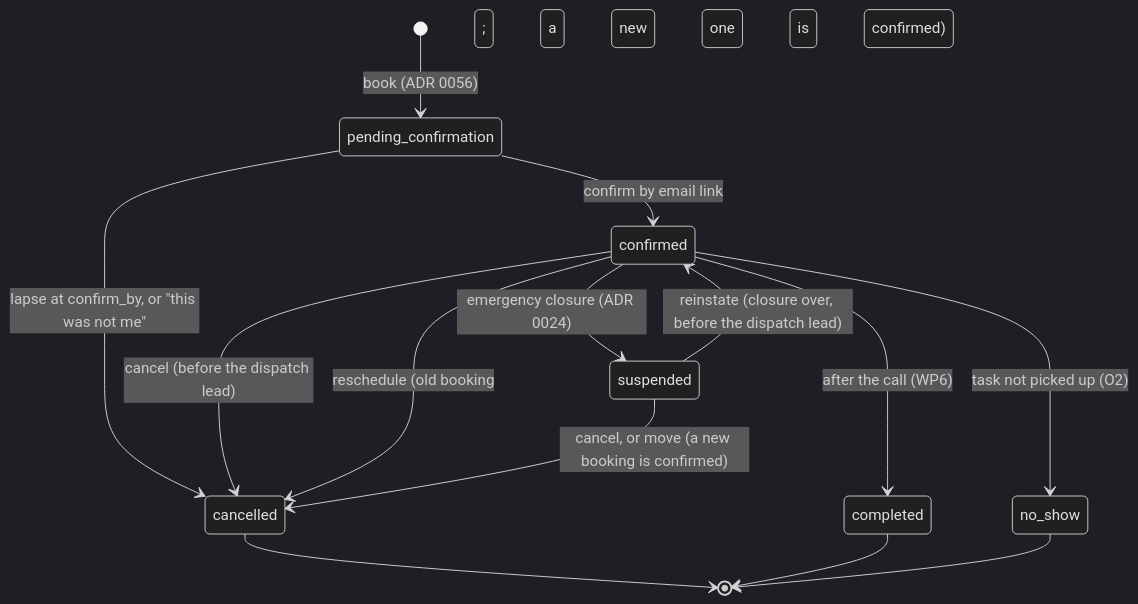
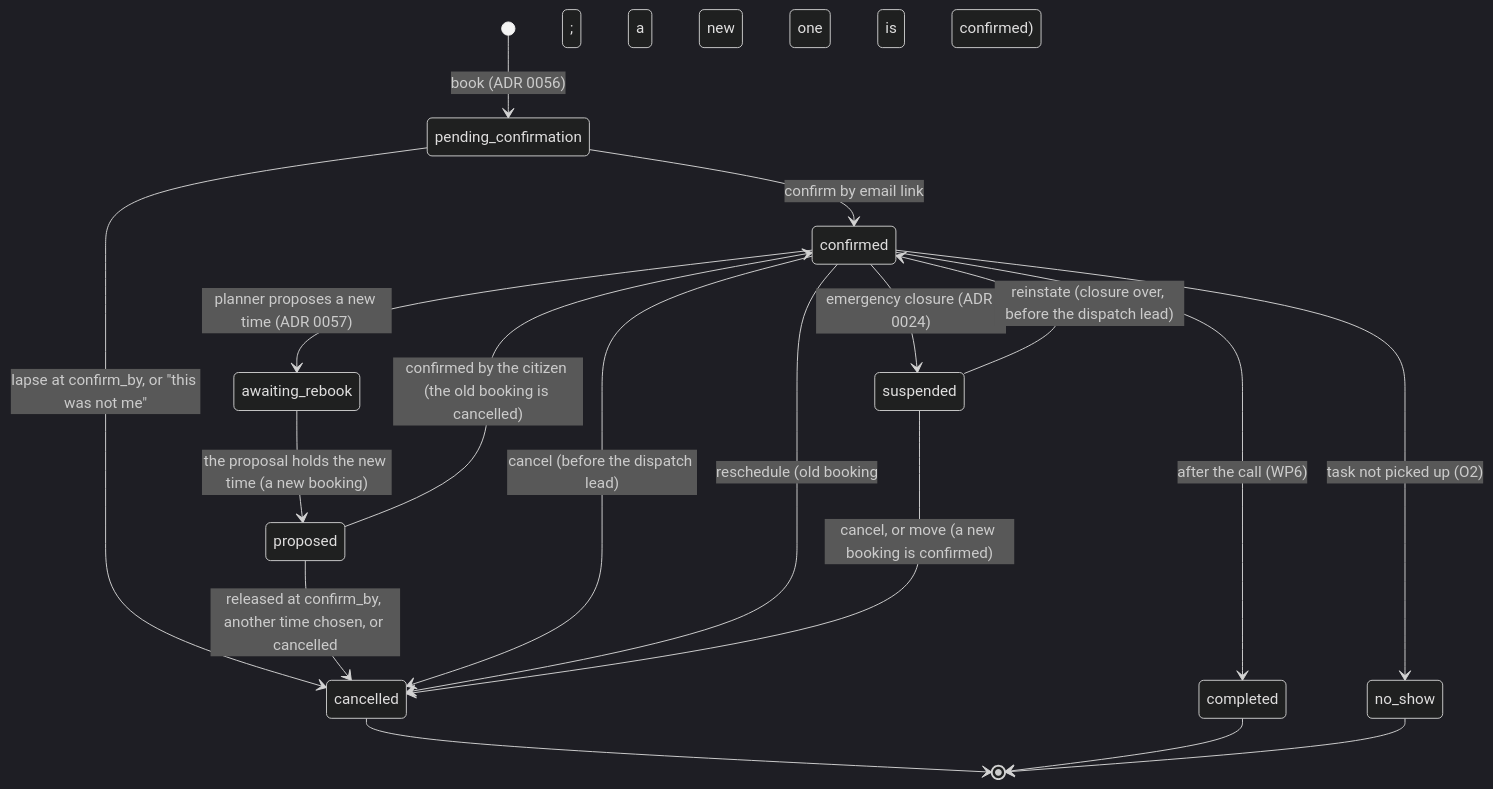
One commit to 3Corners-Labs/OpenPlanner changed diagram 11 of 14 in docs/architecture.md. Above: the diagram before and after it, drawn with Mermaid (dark theme). The commit also changed 31 other files, not shown here.

````diff
--- a/docs/architecture.md
+++ b/docs/architecture.md
@@ -567,16 +567,20 @@
 ```mermaid
 stateDiagram-v2
     [*] --> pending_confirmation: book (ADR 0056)
     pending_confirmation --> confirmed: confirm by email link
     pending_confirmation --> cancelled: lapse at confirm_by, or "this was not me"
+    confirmed --> awaiting_rebook: planner proposes a new time (ADR 0057)
+    awaiting_rebook --> proposed: the proposal holds the new time (a new booking)
+    proposed --> confirmed: confirmed by the citizen (the old booking is cancelled)
+    proposed --> cancelled: released at confirm_by, another time chosen, or cancelled
     confirmed --> cancelled: cancel (before the dispatch lead)
     confirmed --> cancelled: reschedule (old booking; a new one is confirmed)
     confirmed --> completed: after the call (WP6)
     confirmed --> no_show: task not picked up (O2)
     confirmed --> suspended: emergency closure (ADR 0024)
     suspended --> confirmed: reinstate (closure over, before the dispatch lead)
     suspended --> cancelled: cancel, or move (a new booking is confirmed)
     cancelled --> [*]
     completed --> [*]
     no_show --> [*]
 ```
````
